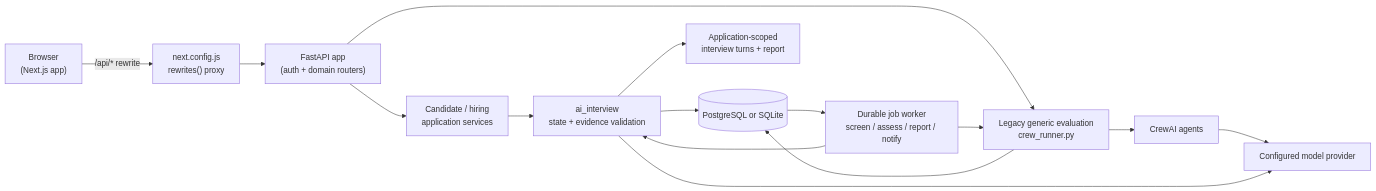
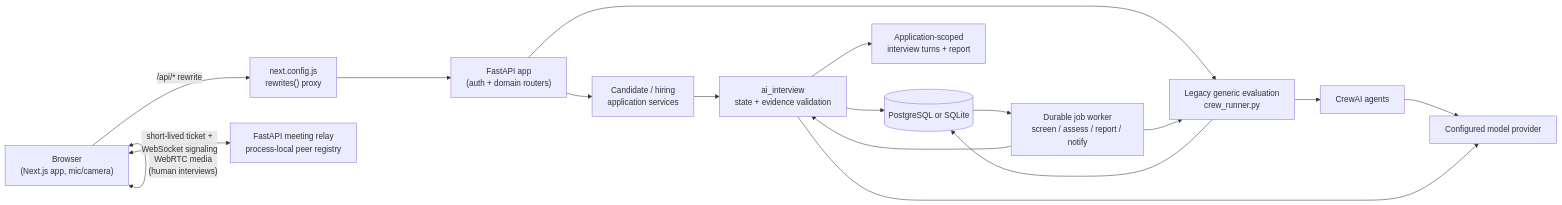
The diagram in docs/ARCHITECTURE.md (shwejan005/interviewagent), drawn with Mermaid before and after one commit. The commit also changed other lines of this file and 252 other files, not shown here.

````diff
--- a/docs/ARCHITECTURE.md
+++ b/docs/ARCHITECTURE.md
@@ -14,17 +17,19 @@
 ```mermaid
 flowchart LR
-    Browser["Browser\n(Next.js app)"] -->|"/api/* rewrite"| NextProxy["next.config.js\nrewrites() proxy"]
+    Browser["Browser\n(Next.js app, mic/camera)"] -->|"/api/* rewrite"| NextProxy["next.config.js\nrewrites() proxy"]
     NextProxy --> FastAPI["FastAPI app\n(auth + domain routers)"]
     FastAPI --> Hiring["Candidate / hiring\napplication services"]
     Hiring --> AIInterview["ai_interview\nstate + evidence validation"]
     FastAPI --> Legacy["Legacy generic evaluation\ncrew_runner.py"]
     Legacy --> Agents["CrewAI agents"]
     AIInterview --> DB[("PostgreSQL or SQLite")]
     Legacy --> DB
     DB --> Worker["Durable job worker\nscreen / assess / report / notify"]
     Worker --> AIInterview
     Worker --> Legacy
+    Browser <-->|"WebRTC media\n(human interviews)"| Browser
+    Browser <-->|"short-lived ticket +\nWebSocket signaling"| Meetings["FastAPI meeting relay\nprocess-local peer registry"]
     AIInterview --> Verdicts["Application-scoped<br/>interview turns + report"]
     Agents --> LLM["Configured model provider"]
     AIInterview --> LLM
 ```
````
